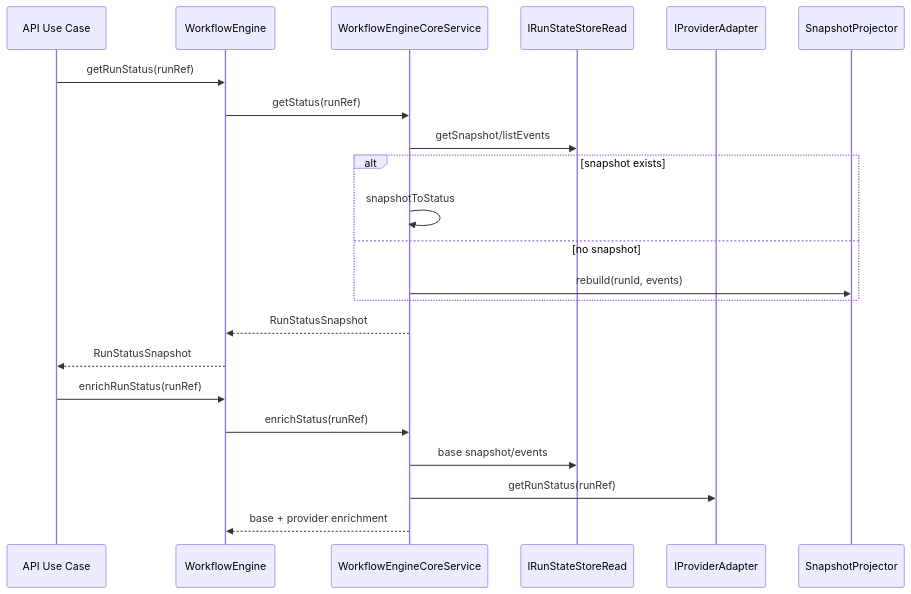
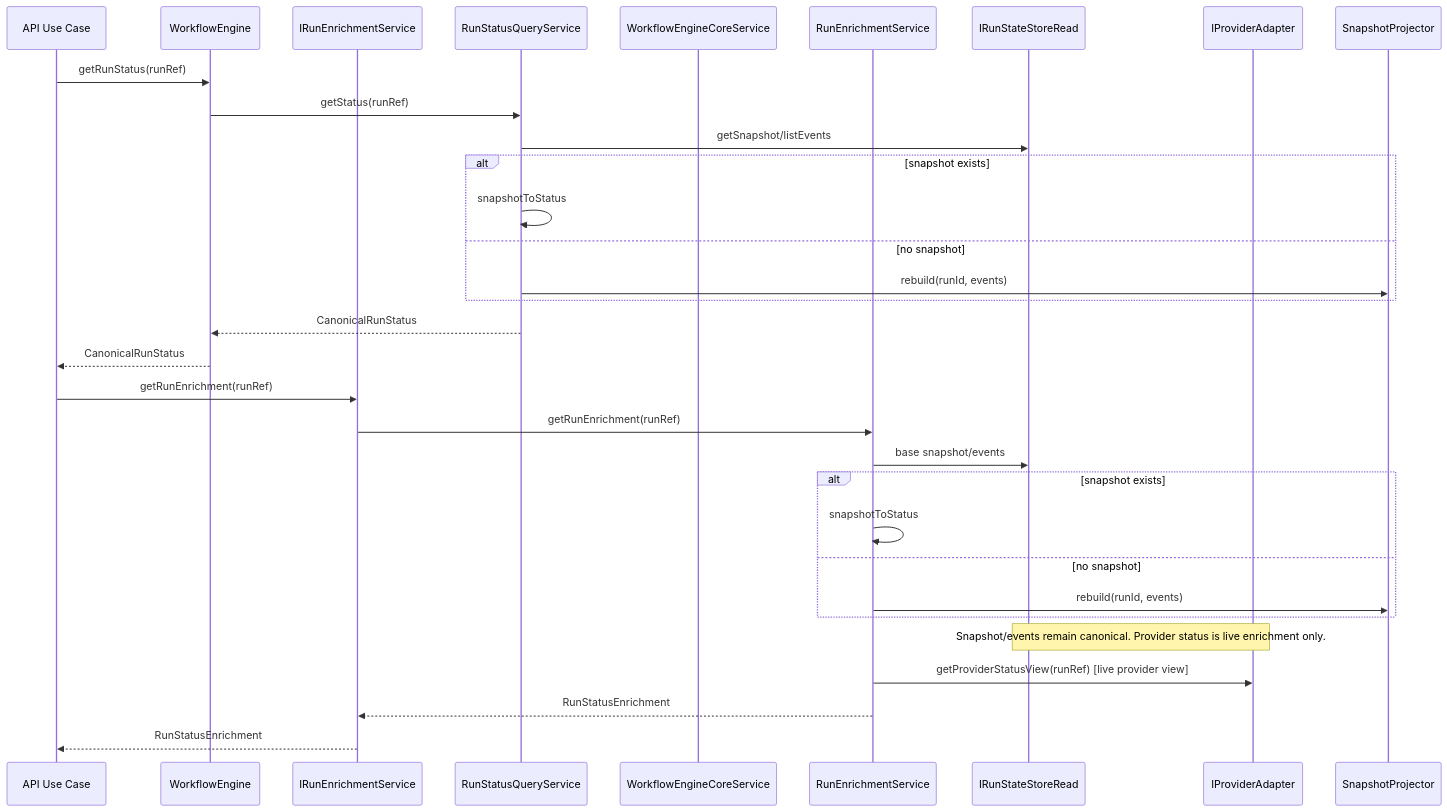
Before and after one commit to dunay2/dvt: the fourth of 5 diagrams in docs/architecture/components/engine/architecture/workflow-engine-subsystem-context.md, drawn with Mermaid. The commit also changed other lines of this file and 168 other files, not shown here.

````diff
--- a/docs/architecture/components/engine/architecture/workflow-engine-subsystem-context.md
+++ b/docs/architecture/components/engine/architecture/workflow-engine-subsystem-context.md
@@ -162,26 +194,36 @@
 ```mermaid
 sequenceDiagram
   participant Client as API Use Case
   participant Engine as WorkflowEngine
+  participant Enrich as IRunEnrichmentService
+  participant Query as RunStatusQueryService
   participant Core as WorkflowEngineCoreService
+  participant EnrichSvc as RunEnrichmentService
   participant State as IRunStateStoreRead
   participant Adapter as IProviderAdapter
   participant Projector as SnapshotProjector
 
   Client->>Engine: getRunStatus(runRef)
-  Engine->>Core: getStatus(runRef)
-  Core->>State: getSnapshot/listEvents
+  Engine->>Query: getStatus(runRef)
+  Query->>State: getSnapshot/listEvents
   alt snapshot exists
-    Core->>Core: snapshotToStatus
+    Query->>Query: snapshotToStatus
   else no snapshot
-    Core->>Projector: rebuild(runId, events)
+    Query->>Projector: rebuild(runId, events)
   end
-  Core-->>Engine: RunStatusSnapshot
-  Engine-->>Client: RunStatusSnapshot
+  Query-->>Engine: CanonicalRunStatus
+  Engine-->>Client: CanonicalRunStatus
 
-  Client->>Engine: enrichRunStatus(runRef)
-  Engine->>Core: enrichStatus(runRef)
-  Core->>State: base snapshot/events
-  Core->>Adapter: getRunStatus(runRef)
-  Core-->>Engine: base + provider enrichment
+  Client->>Enrich: getRunEnrichment(runRef)
+  Enrich->>EnrichSvc: getRunEnrichment(runRef)
+  EnrichSvc->>State: base snapshot/events
+  alt snapshot exists
+    EnrichSvc->>EnrichSvc: snapshotToStatus
+  else no snapshot
+    EnrichSvc->>Projector: rebuild(runId, events)
+  end
+  Note over State,Adapter: Snapshot/events remain canonical. Provider status is live enrichment only.
+  EnrichSvc->>Adapter: getProviderStatusView(runRef) [live provider view]
+  EnrichSvc-->>Enrich: RunStatusEnrichment
+  Enrich-->>Client: RunStatusEnrichment
 ```
````
